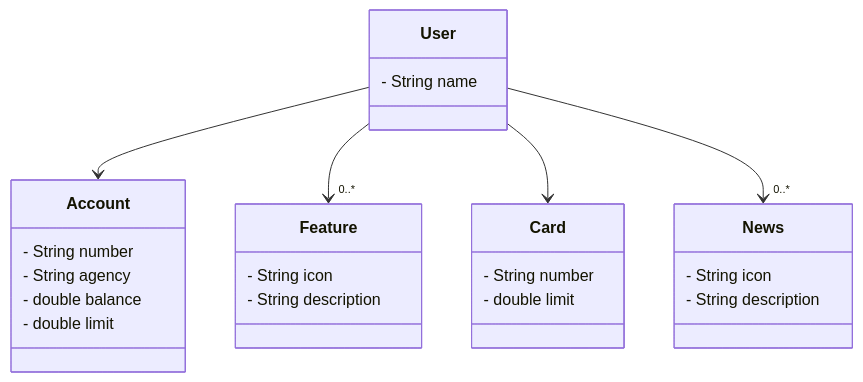
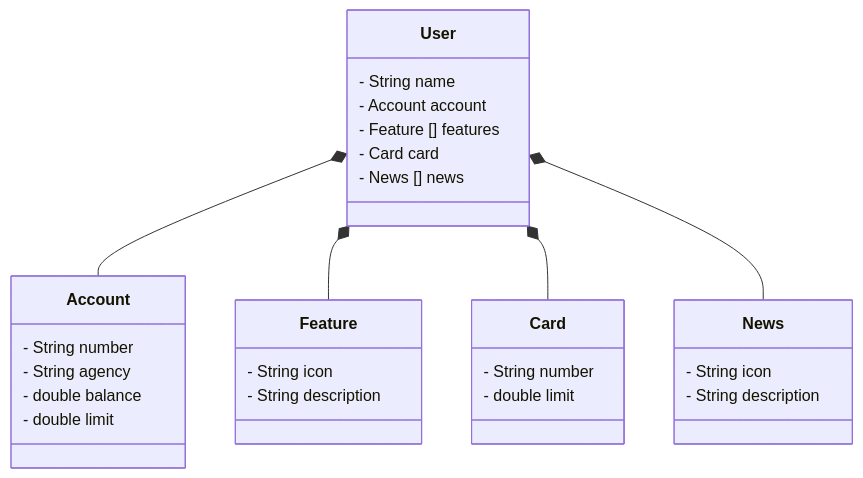
The diagram in README.md (Jessica-SFernandes/santander-dev-week-2023), drawn with Mermaid before and after one commit.

````diff
--- a/README.md
+++ b/README.md
@@ -6,33 +6,37 @@
 ```mermaid
 classDiagram
     class User {
         - String name
+        - Account account
+        - Feature [] features
+        - Card card
+        - News [] news
     }
 
     class Account {
         - String number
         - String agency
         - double balance
         - double limit
     }
 
     class Feature {
         - String icon
         - String description
     }
 
     class Card {
         - String number
         - double limit
     }
 
     class News {
         - String icon
         - String description
     }
 
-    User --> Account
-    User --> "0..*" Feature
-    User --> Card
-    User --> "0..*" News
+    User *-- Account
+    User *-- Feature
+    User *-- Card
+    User *-- News
 ```
````
